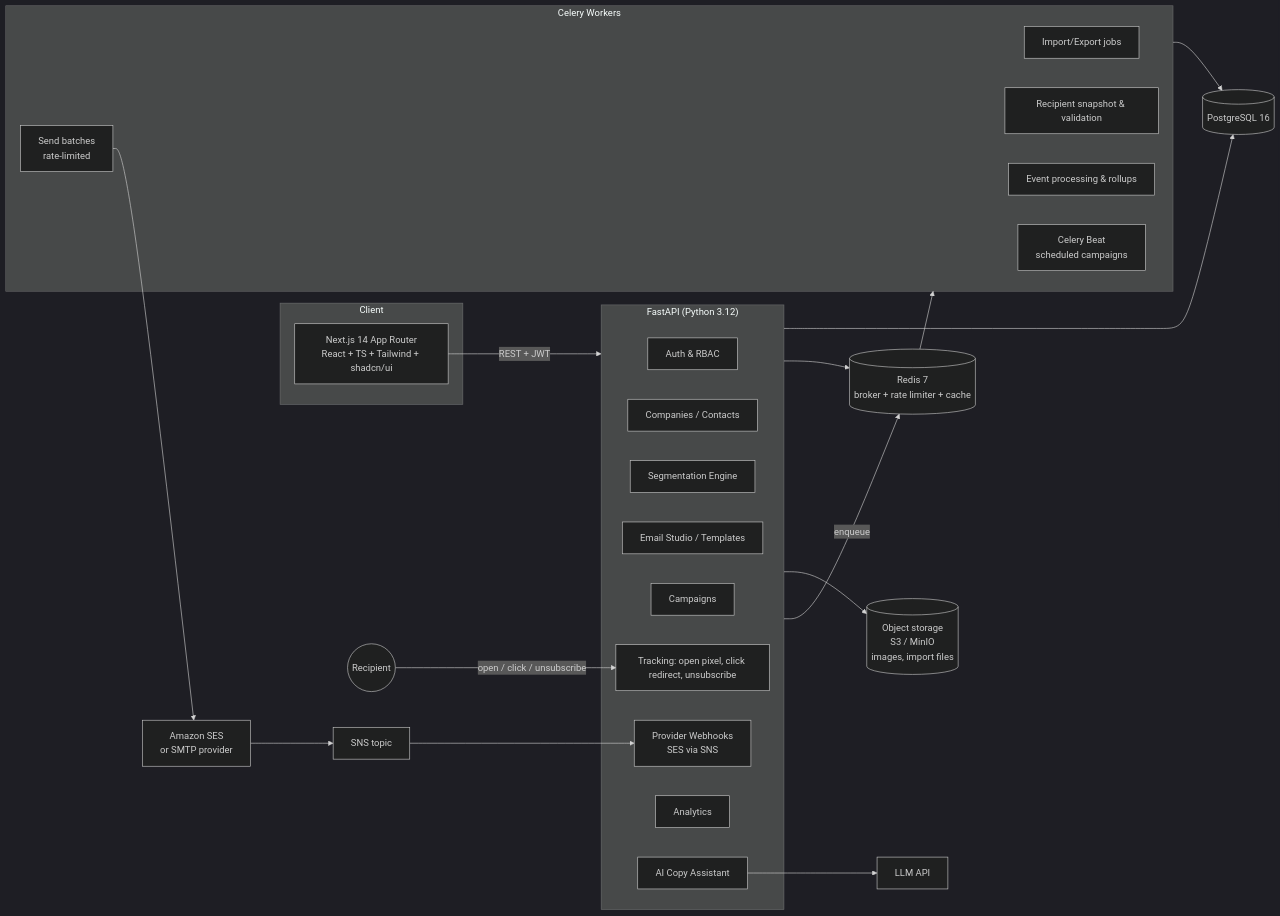
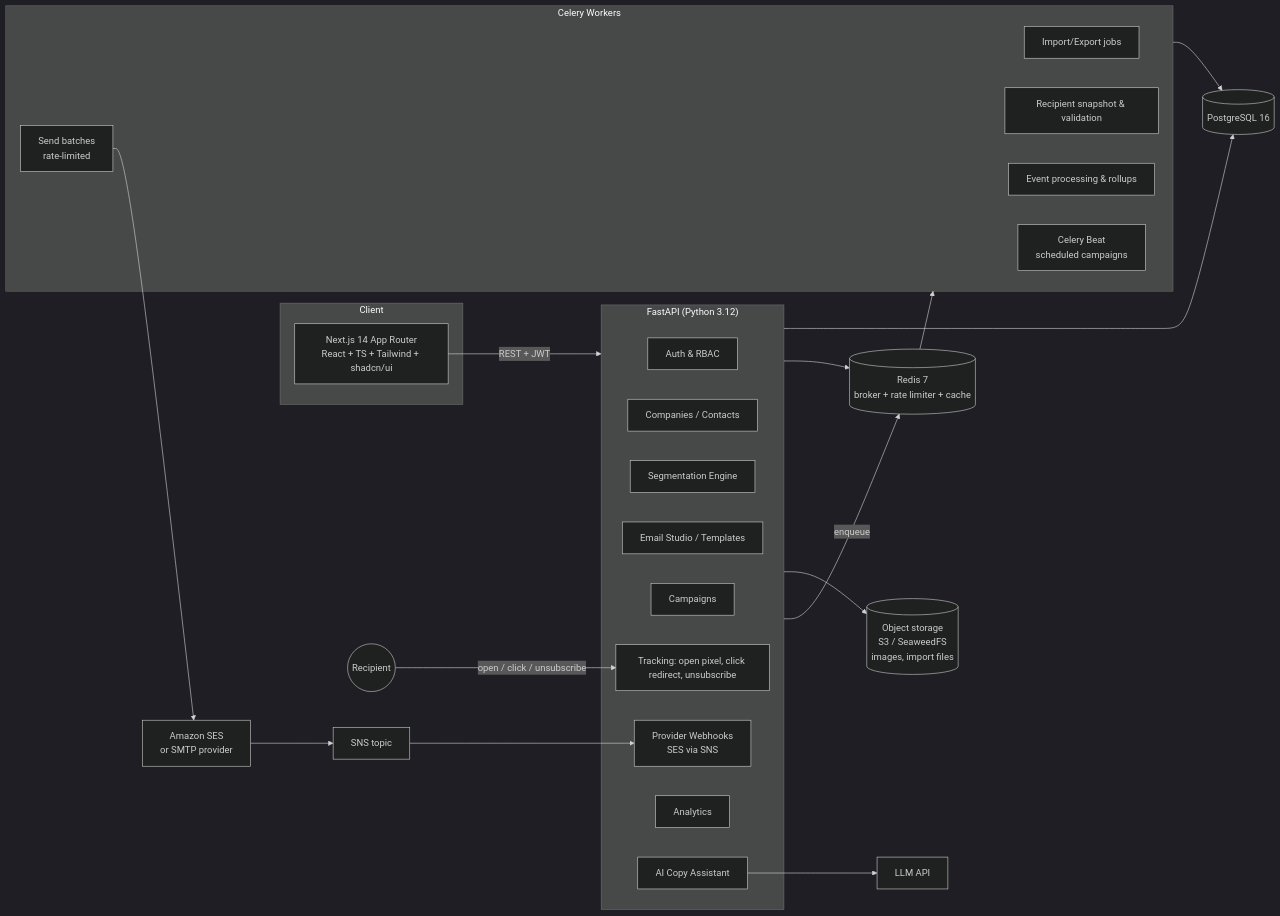
Before and after one commit to SathikNM/bulk-email-platform: the first of 2 diagrams in docs/01-architecture.md, drawn with Mermaid (dark theme). The commit also changed other lines of this file and 4 other files, not shown here.

First line of the commit message:
Replace MinIO with SeaweedFS (MinIO public images withdrawn)

````diff
--- a/docs/01-architecture.md
+++ b/docs/01-architecture.md
@@ -17,45 +17,45 @@
 ```mermaid
 flowchart LR
   subgraph Client
     UI[Next.js 14 App Router<br/>React + TS + Tailwind + shadcn/ui]
   end
 
   subgraph API["FastAPI (Python 3.12)"]
     AUTH[Auth & RBAC]
     CRM[Companies / Contacts]
     SEG[Segmentation Engine]
     STUDIO[Email Studio / Templates]
     CAMP[Campaigns]
     TRACK[Tracking: open pixel, click redirect, unsubscribe]
     HOOK[Provider Webhooks<br/>SES via SNS]
     ANA[Analytics]
     AI[AI Copy Assistant]
   end
 
   subgraph Workers["Celery Workers"]
     IMP[Import/Export jobs]
     PREP[Recipient snapshot & validation]
     SEND[Send batches<br/>rate-limited]
     EVT[Event processing & rollups]
     SCHED[Celery Beat<br/>scheduled campaigns]
   end
 
   PG[(PostgreSQL 16)]
   RD[(Redis 7<br/>broker + rate limiter + cache)]
-  S3[(Object storage<br/>S3 / MinIO<br/>images, import files)]
+  S3[(Object storage<br/>S3 / SeaweedFS<br/>images, import files)]
   SES[Amazon SES<br/>or SMTP provider]
   SNS[SNS topic]
   LLM[LLM API]
 
   UI -->|REST + JWT| API
   API --> PG
   API --> RD
   API --> S3
   API -->|enqueue| RD
   RD --> Workers
   Workers --> PG
   SEND --> SES
   SES --> SNS --> HOOK
   AI --> LLM
   Recipient((Recipient)) -->|open / click / unsubscribe| TRACK
 ```
````
